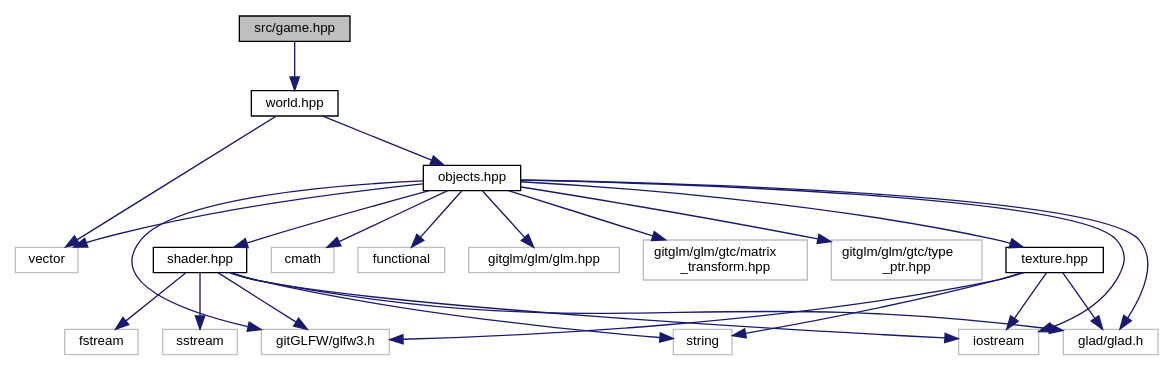
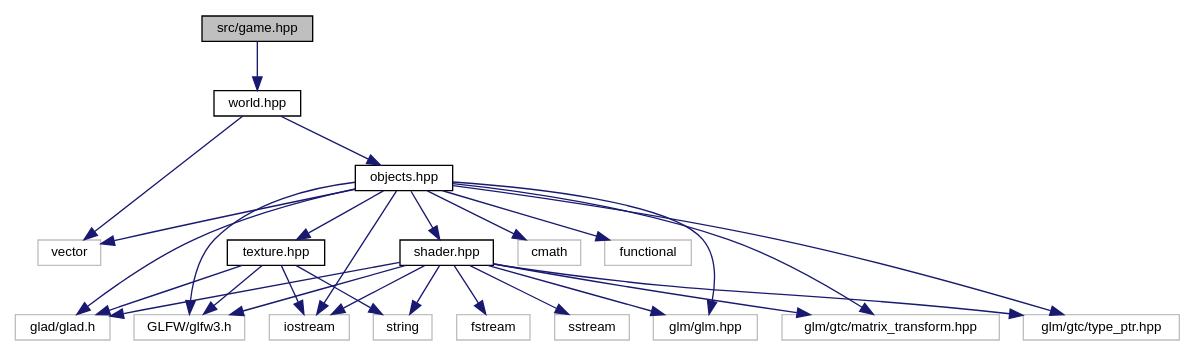
Before and after one commit to noah1510/redhand: the diagram in game_8hpp__incl.dot, drawn with Graphviz. The commit also changed 96 other files, not shown here.

```diff
--- a/game_8hpp__incl.dot
+++ b/game_8hpp__incl.dot
@@ -1,46 +1,49 @@
 digraph "src/game.hpp"
 {
   edge [fontname="Helvetica",fontsize="10",labelfontname="Helvetica",labelfontsize="10"];
   node [fontname="Helvetica",fontsize="10",shape=record];
   Node0 [label="src/game.hpp",height=0.2,width=0.4,color="black", fillcolor="grey75", style="filled", fontcolor="black"];
   Node0 -> Node1 [color="midnightblue",fontsize="10",style="solid",fontname="Helvetica"];
   Node1 [label="world.hpp",height=0.2,width=0.4,color="black", fillcolor="white", style="filled",URL="$world_8hpp.html"];
   Node1 -> Node2 [color="midnightblue",fontsize="10",style="solid",fontname="Helvetica"];
   Node2 [label="vector",height=0.2,width=0.4,color="grey75", fillcolor="white", style="filled"];
   Node1 -> Node3 [color="midnightblue",fontsize="10",style="solid",fontname="Helvetica"];
   Node3 [label="objects.hpp",height=0.2,width=0.4,color="black", fillcolor="white", style="filled",URL="$objects_8hpp.html"];
   Node3 -> Node4 [color="midnightblue",fontsize="10",style="solid",fontname="Helvetica"];
   Node4 [label="shader.hpp",height=0.2,width=0.4,color="black", fillcolor="white", style="filled",URL="$shader_8hpp.html"];
   Node4 -> Node5 [color="midnightblue",fontsize="10",style="solid",fontname="Helvetica"];
   Node5 [label="glad/glad.h",height=0.2,width=0.4,color="grey75", fillcolor="white", style="filled"];
   Node4 -> Node6 [color="midnightblue",fontsize="10",style="solid",fontname="Helvetica"];
-  Node6 [label="gitGLFW/glfw3.h",height=0.2,width=0.4,color="grey75", fillcolor="white", style="filled"];
+  Node6 [label="GLFW/glfw3.h",height=0.2,width=0.4,color="grey75", fillcolor="white", style="filled"];
   Node4 -> Node7 [color="midnightblue",fontsize="10",style="solid",fontname="Helvetica"];
-  Node7 [label="string",height=0.2,width=0.4,color="grey75", fillcolor="white", style="filled"];
+  Node7 [label="glm/glm.hpp",height=0.2,width=0.4,color="grey75", fillcolor="white", style="filled"];
   Node4 -> Node8 [color="midnightblue",fontsize="10",style="solid",fontname="Helvetica"];
-  Node8 [label="fstream",height=0.2,width=0.4,color="grey75", fillcolor="white", style="filled"];
+  Node8 [label="glm/gtc/matrix_transform.hpp",height=0.2,width=0.4,color="grey75", fillcolor="white", style="filled"];
   Node4 -> Node9 [color="midnightblue",fontsize="10",style="solid",fontname="Helvetica"];
-  Node9 [label="sstream",height=0.2,width=0.4,color="grey75", fillcolor="white", style="filled"];
+  Node9 [label="glm/gtc/type_ptr.hpp",height=0.2,width=0.4,color="grey75", fillcolor="white", style="filled"];
   Node4 -> Node10 [color="midnightblue",fontsize="10",style="solid",fontname="Helvetica"];
-  Node10 [label="iostream",height=0.2,width=0.4,color="grey75", fillcolor="white", style="filled"];
-  Node3 -> Node11 [color="midnightblue",fontsize="10",style="solid",fontname="Helvetica"];
-  Node11 [label="texture.hpp",height=0.2,width=0.4,color="black", fillcolor="white", style="filled",URL="$texture_8hpp.html"];
-  Node11 -> Node7 [color="midnightblue",fontsize="10",style="solid",fontname="Helvetica"];
-  Node11 -> Node5 [color="midnightblue",fontsize="10",style="solid",fontname="Helvetica"];
-  Node11 -> Node6 [color="midnightblue",fontsize="10",style="solid",fontname="Helvetica"];
-  Node11 -> Node10 [color="midnightblue",fontsize="10",style="solid",fontname="Helvetica"];
-  Node3 -> Node12 [color="midnightblue",fontsize="10",style="solid",fontname="Helvetica"];
-  Node12 [label="cmath",height=0.2,width=0.4,color="grey75", fillcolor="white", style="filled"];
-  Node3 -> Node10 [color="midnightblue",fontsize="10",style="solid",fontname="Helvetica"];
+  Node10 [label="string",height=0.2,width=0.4,color="grey75", fillcolor="white", style="filled"];
+  Node4 -> Node11 [color="midnightblue",fontsize="10",style="solid",fontname="Helvetica"];
+  Node11 [label="fstream",height=0.2,width=0.4,color="grey75", fillcolor="white", style="filled"];
+  Node4 -> Node12 [color="midnightblue",fontsize="10",style="solid",fontname="Helvetica"];
+  Node12 [label="sstream",height=0.2,width=0.4,color="grey75", fillcolor="white", style="filled"];
+  Node4 -> Node13 [color="midnightblue",fontsize="10",style="solid",fontname="Helvetica"];
+  Node13 [label="iostream",height=0.2,width=0.4,color="grey75", fillcolor="white", style="filled"];
+  Node3 -> Node14 [color="midnightblue",fontsize="10",style="solid",fontname="Helvetica"];
+  Node14 [label="texture.hpp",height=0.2,width=0.4,color="black", fillcolor="white", style="filled",URL="$texture_8hpp.html"];
+  Node14 -> Node10 [color="midnightblue",fontsize="10",style="solid",fontname="Helvetica"];
+  Node14 -> Node5 [color="midnightblue",fontsize="10",style="solid",fontname="Helvetica"];
+  Node14 -> Node6 [color="midnightblue",fontsize="10",style="solid",fontname="Helvetica"];
+  Node14 -> Node13 [color="midnightblue",fontsize="10",style="solid",fontname="Helvetica"];
+  Node3 -> Node15 [color="midnightblue",fontsize="10",style="solid",fontname="Helvetica"];
+  Node15 [label="cmath",height=0.2,width=0.4,color="grey75", fillcolor="white", style="filled"];
+  Node3 -> Node13 [color="midnightblue",fontsize="10",style="solid",fontname="Helvetica"];
   Node3 -> Node2 [color="midnightblue",fontsize="10",style="solid",fontname="Helvetica"];
-  Node3 -> Node13 [color="midnightblue",fontsize="10",style="solid",fontname="Helvetica"];
-  Node13 [label="functional",height=0.2,width=0.4,color="grey75", fillcolor="white", style="filled"];
-  Node3 -> Node14 [color="midnightblue",fontsize="10",style="solid",fontname="Helvetica"];
-  Node14 [label="gitglm/glm/glm.hpp",height=0.2,width=0.4,color="grey75", fillcolor="white", style="filled"];
-  Node3 -> Node15 [color="midnightblue",fontsize="10",style="solid",fontname="Helvetica"];
-  Node15 [label="gitglm/glm/gtc/matrix\l_transform.hpp",height=0.2,width=0.4,color="grey75", fillcolor="white", style="filled"];
   Node3 -> Node16 [color="midnightblue",fontsize="10",style="solid",fontname="Helvetica"];
-  Node16 [label="gitglm/glm/gtc/type\l_ptr.hpp",height=0.2,width=0.4,color="grey75", fillcolor="white", style="filled"];
+  Node16 [label="functional",height=0.2,width=0.4,color="grey75", fillcolor="white", style="filled"];
+  Node3 -> Node7 [color="midnightblue",fontsize="10",style="solid",fontname="Helvetica"];
+  Node3 -> Node8 [color="midnightblue",fontsize="10",style="solid",fontname="Helvetica"];
+  Node3 -> Node9 [color="midnightblue",fontsize="10",style="solid",fontname="Helvetica"];
   Node3 -> Node5 [color="midnightblue",fontsize="10",style="solid",fontname="Helvetica"];
   Node3 -> Node6 [color="midnightblue",fontsize="10",style="solid",fontname="Helvetica"];
 }
```
